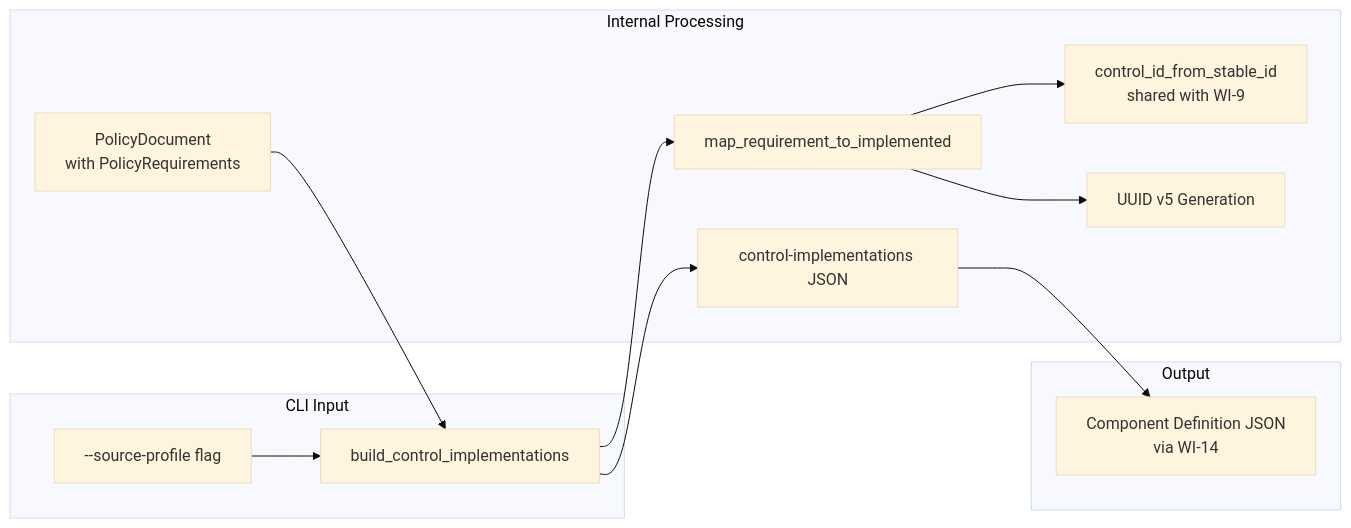
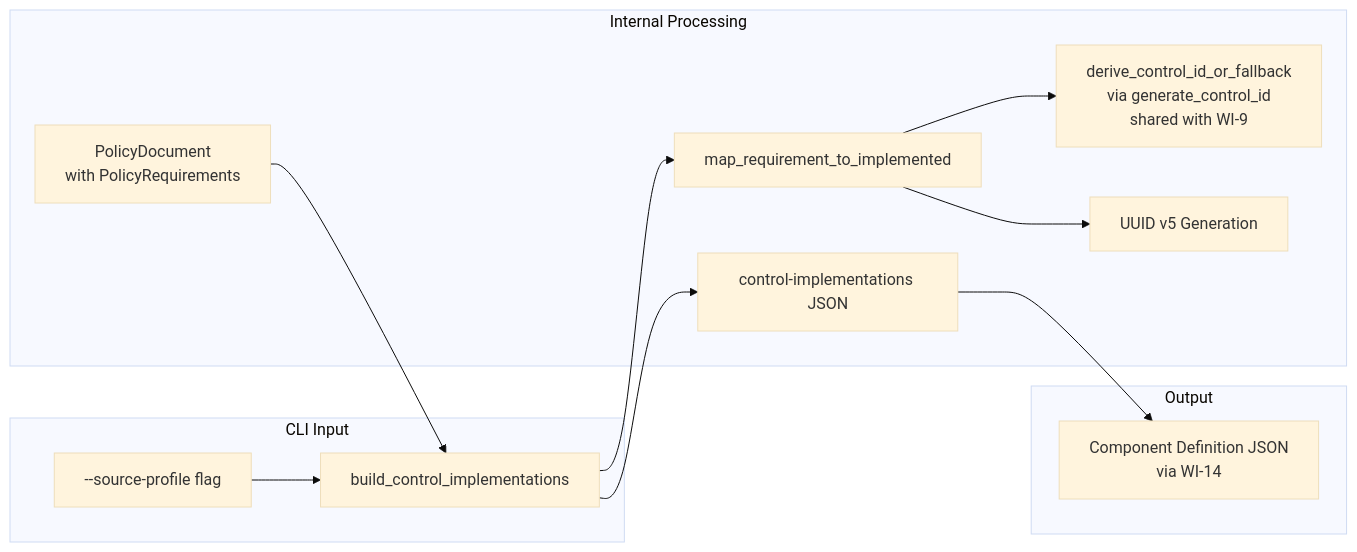
The first of 3 diagrams in docs/SEC/015-sec-component-implemented-requirements.md (policy-forge/forge), drawn with Mermaid (base theme) before and after one commit. The commit also changed other lines of this file and 21 other files, not shown here.

````diff
--- a/docs/SEC/015-sec-component-implemented-requirements.md
+++ b/docs/SEC/015-sec-component-implemented-requirements.md
@@ -84,18 +84,18 @@
 ```mermaid
 flowchart LR
     subgraph "CLI Input"
         SP["--source-profile flag"] --> BCI[build_control_implementations]
     end
 
     subgraph "Internal Processing"
         PD[PolicyDocument\nwith PolicyRequirements] --> BCI
         BCI --> MRI[map_requirement_to_implemented]
-        MRI --> CID[control_id_from_stable_id\nshared with WI-9]
+        MRI --> CID[derive_control_id_or_fallback\nvia generate_control_id\nshared with WI-9]
         MRI --> UUID5[UUID v5 Generation]
         BCI --> CI[control-implementations JSON]
     end
 
     subgraph "Output"
         CI --> CD[Component Definition JSON\nvia WI-14]
     end
 ```
````
